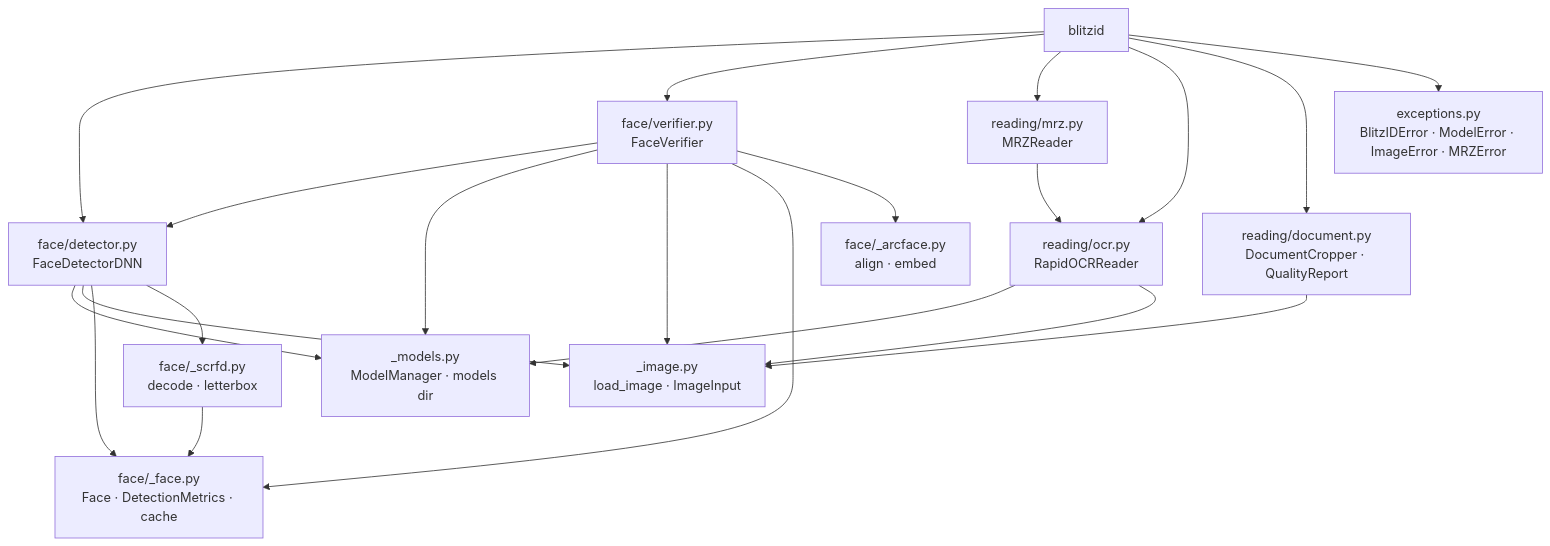
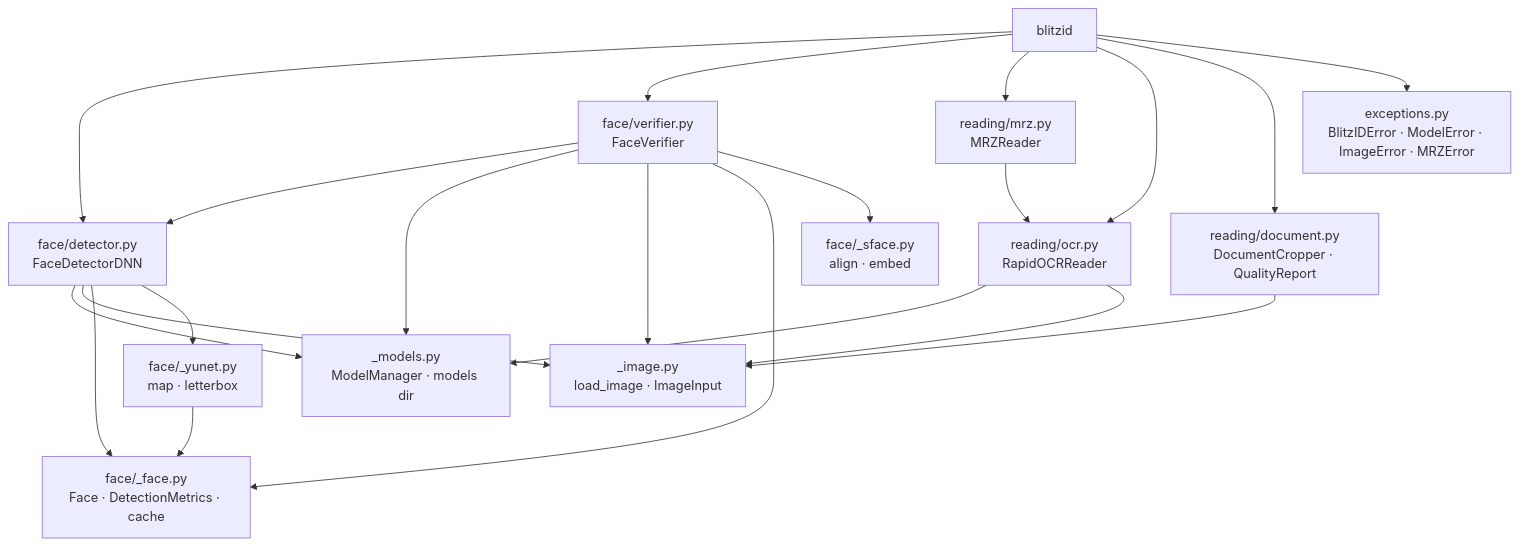
Before and after one commit to malvavisc0/blitzid: the diagram in README.md, drawn with Mermaid. The commit also changed other lines of this file and 44 other files, not shown here.

````diff
--- a/README.md
+++ b/README.md
@@ -679,24 +690,24 @@
 ```mermaid
 graph TD
     A[blitzid] --> B[face/detector.py<br/>FaceDetectorDNN]
     A --> N[face/verifier.py<br/>FaceVerifier]
     A --> I[reading/mrz.py<br/>MRZReader]
     A --> C[reading/ocr.py<br/>RapidOCRReader]
     A --> M[reading/document.py<br/>DocumentCropper · QualityReport]
     A --> D[exceptions.py<br/>BlitzIDError · ModelError · ImageError · MRZError]
 
     I --> C
     B --> E[_models.py<br/>ModelManager · models dir]
     B --> F[_image.py<br/>load_image · ImageInput]
     B --> G[face/_face.py<br/>Face · DetectionMetrics · cache]
-    B --> H[face/_scrfd.py<br/>decode · letterbox]
+    B --> H[face/_yunet.py<br/>map · letterbox]
     N --> B
     N --> E
     N --> F
     N --> G
-    N --> J[face/_arcface.py<br/>align · embed]
+    N --> J[face/_sface.py<br/>align · embed]
     C --> E
     C --> F
     M --> F
     H --> G
 ```
````
